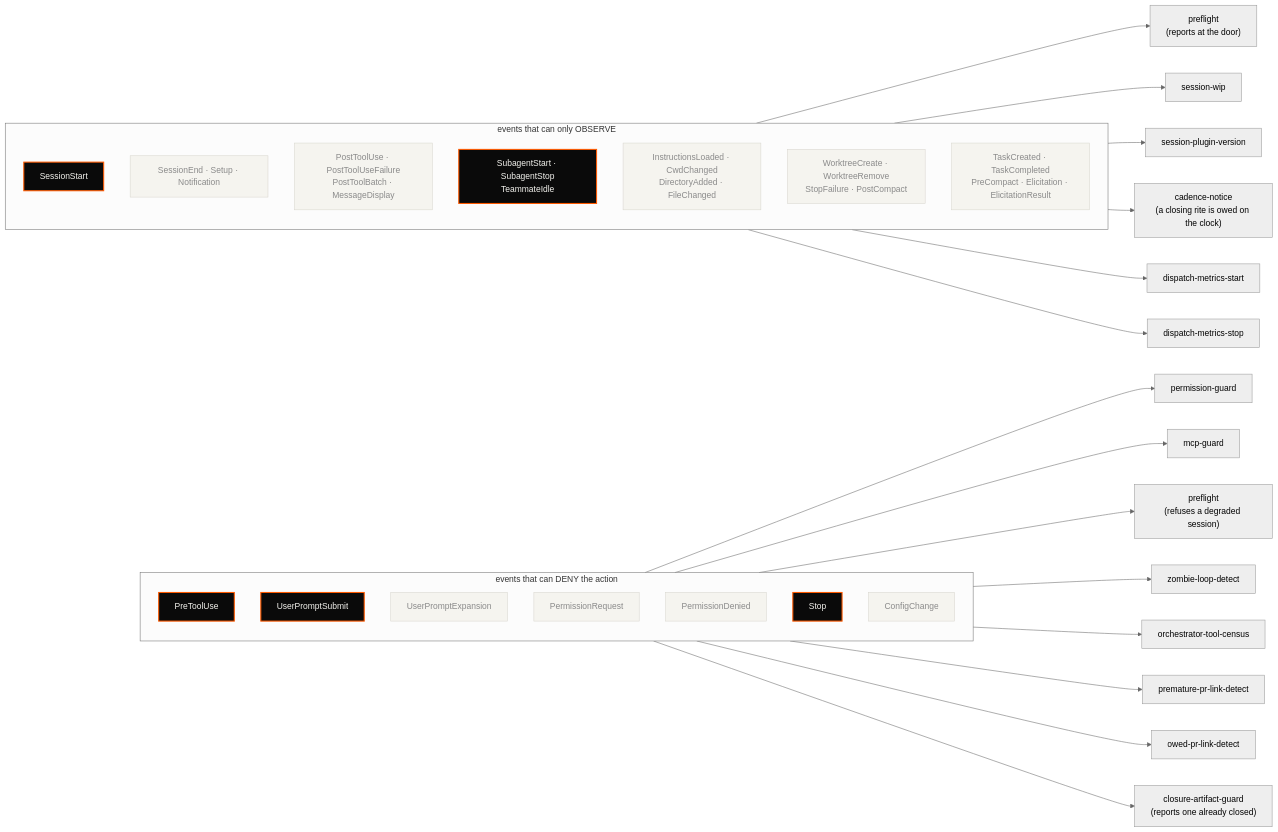
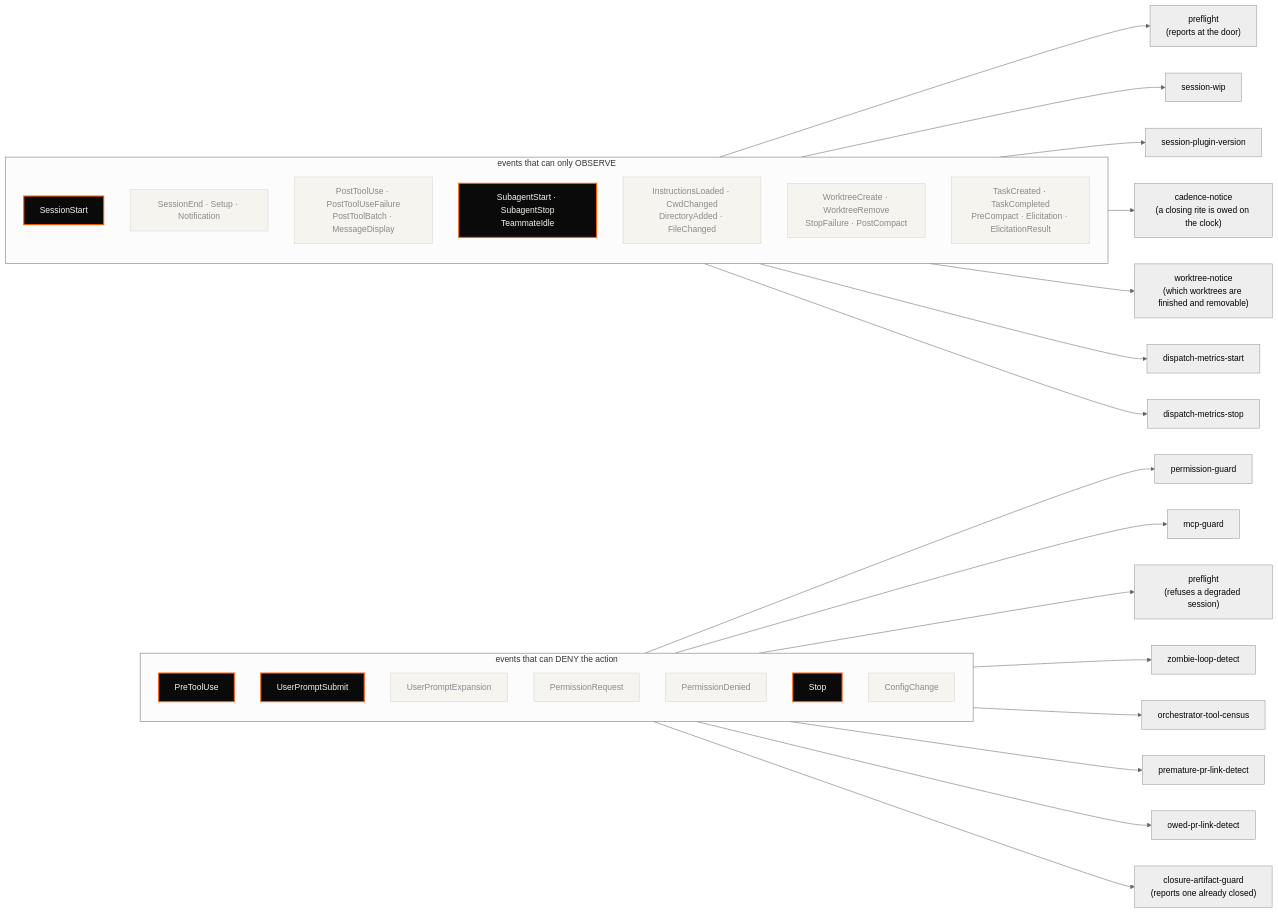
Before and after one commit to tedeuxx/tadeumendonca-skills: the fourth of 5 diagrams in README.md, drawn with Mermaid (neutral theme). The commit also changed other lines of this file and 2 other files, not shown here.

````diff
--- a/README.md
+++ b/README.md
@@ -1381,59 +1381,61 @@
 ```mermaid
 flowchart LR
   classDef used fill:#0A0A0A,color:#F5F4EF,stroke:#FF5A00,stroke-width:2px
   classDef idle fill:#F5F4EF,color:#8A8A8A,stroke:#D8D6CE
 
   subgraph BLOCK["events that can DENY the action"]
     direction TB
     E1["PreToolUse"]
     E2["UserPromptSubmit"]
     E3["UserPromptExpansion"]:::idle
     E4["PermissionRequest"]:::idle
     E5["PermissionDenied"]:::idle
     E6["Stop"]
     E7["ConfigChange"]:::idle
   end
 
   subgraph OBS["events that can only OBSERVE"]
     direction TB
     O1["SessionStart"]
     O2["SessionEnd · Setup · Notification"]:::idle
     O3["PostToolUse · PostToolUseFailure<br/>PostToolBatch · MessageDisplay"]:::idle
     O4["SubagentStart · SubagentStop<br/>TeammateIdle"]:::idle
     O5["InstructionsLoaded · CwdChanged<br/>DirectoryAdded · FileChanged"]:::idle
     O6["WorktreeCreate · WorktreeRemove<br/>StopFailure · PostCompact"]:::idle
     O7["TaskCreated · TaskCompleted<br/>PreCompact · Elicitation · ElicitationResult"]:::idle
   end
 
   H1["permission-guard"]
   H3["session-wip"]
   H4["session-plugin-version"]
   H18["cadence-notice<br/>(a closing rite is owed on the clock)"]
+  H19["worktree-notice<br/>(which worktrees are finished and removable)"]
   H5["dispatch-metrics-start"]
   H6["dispatch-metrics-stop"]
   H7["zombie-loop-detect"]
   H9["orchestrator-tool-census"]
   H10["premature-pr-link-detect"]
   H17["owed-pr-link-detect"]
   H13["closure-artifact-guard<br/>(reports one already closed)"]
   H14["preflight<br/>(refuses a degraded session)"]
   H15["preflight<br/>(reports at the door)"]
   H16["mcp-guard"]
 
   E1 --> H1
   E1 --> H16
   E2 --> H14
   O1 --> H15
   O1 --> H3
   O1 --> H4
   O1 --> H18
+  O1 --> H19
   O4 --> H5
   O4 --> H6
   E6 --> H7
   E6 --> H9
   E6 --> H10
   E6 --> H17
   E6 --> H13
 
   class E1,E2,O1,O4,E6 used
 ```
````
